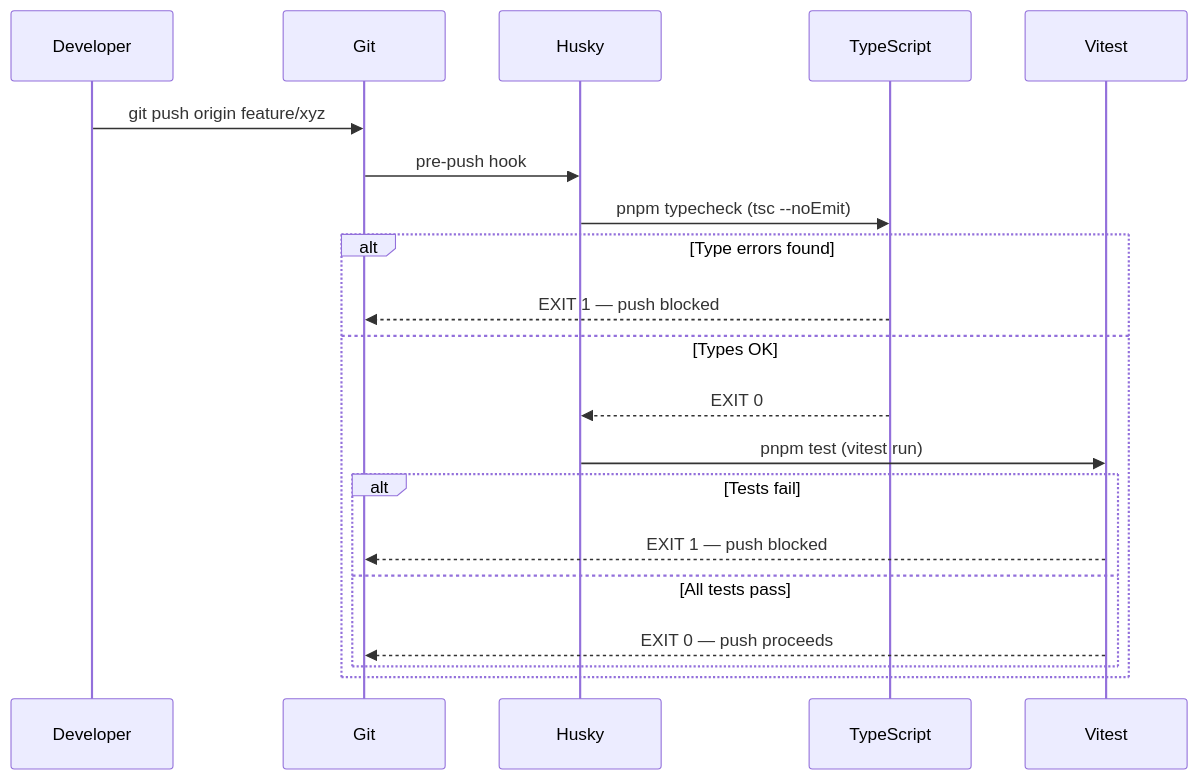
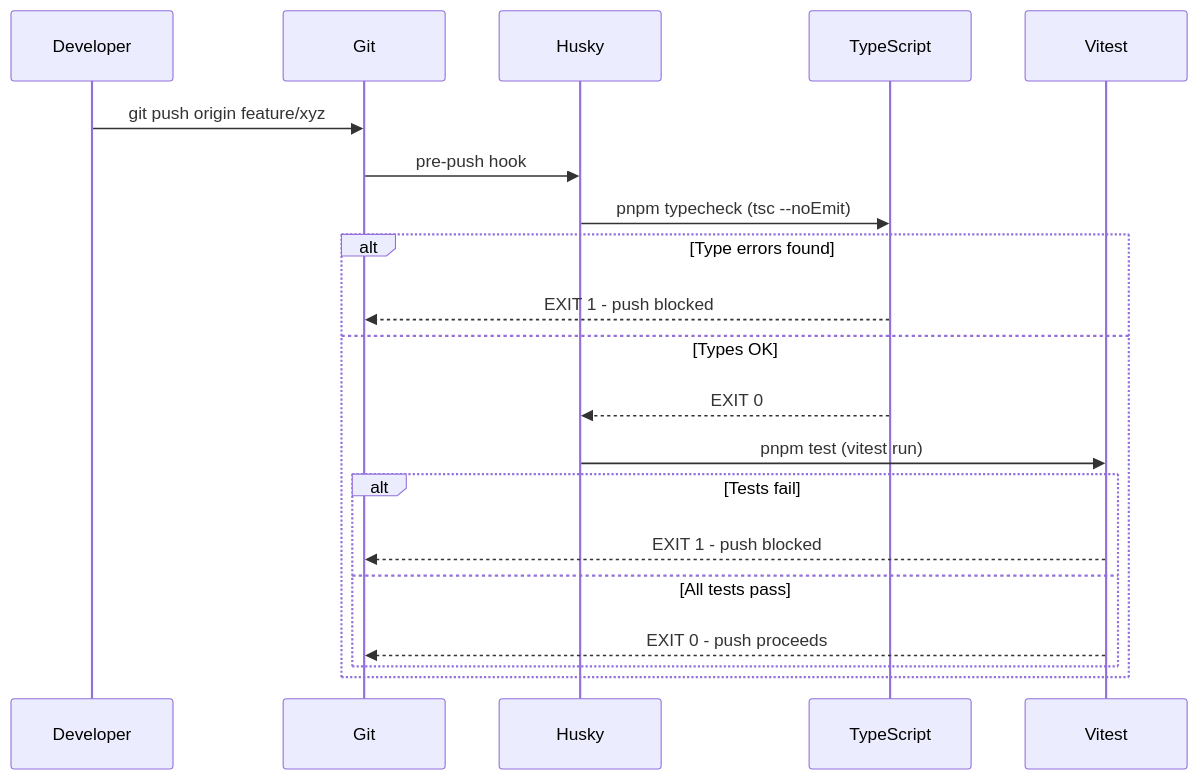
The fourth of 7 diagrams in docs-arch/SOFTWARE_QUALITY.md (Stradivary/koperasi-kegelapan-app), drawn with Mermaid before and after one commit. The commit also changed other lines of this file and 282 other files, not shown here.

First line of the commit message:
feat(architecture): implement clean architecture with domain isolation and comprehensive testing

````diff
--- a/docs-arch/SOFTWARE_QUALITY.md
+++ b/docs-arch/SOFTWARE_QUALITY.md
@@ -191,23 +191,23 @@
 ```mermaid
 sequenceDiagram
     participant Dev as Developer
     participant Git as Git
     participant Husky as Husky
     participant TSC as TypeScript
     participant Vitest as Vitest
 
     Dev->>Git: git push origin feature/xyz
     Git->>Husky: pre-push hook
     Husky->>TSC: pnpm typecheck (tsc --noEmit)
     alt Type errors found
-        TSC-->>Git: EXIT 1 — push blocked
+        TSC-->>Git: EXIT 1 - push blocked
     else Types OK
         TSC-->>Husky: EXIT 0
         Husky->>Vitest: pnpm test (vitest run)
         alt Tests fail
-            Vitest-->>Git: EXIT 1 — push blocked
+            Vitest-->>Git: EXIT 1 - push blocked
         else All tests pass
-            Vitest-->>Git: EXIT 0 — push proceeds
+            Vitest-->>Git: EXIT 0 - push proceeds
         end
     end
 ```
````
